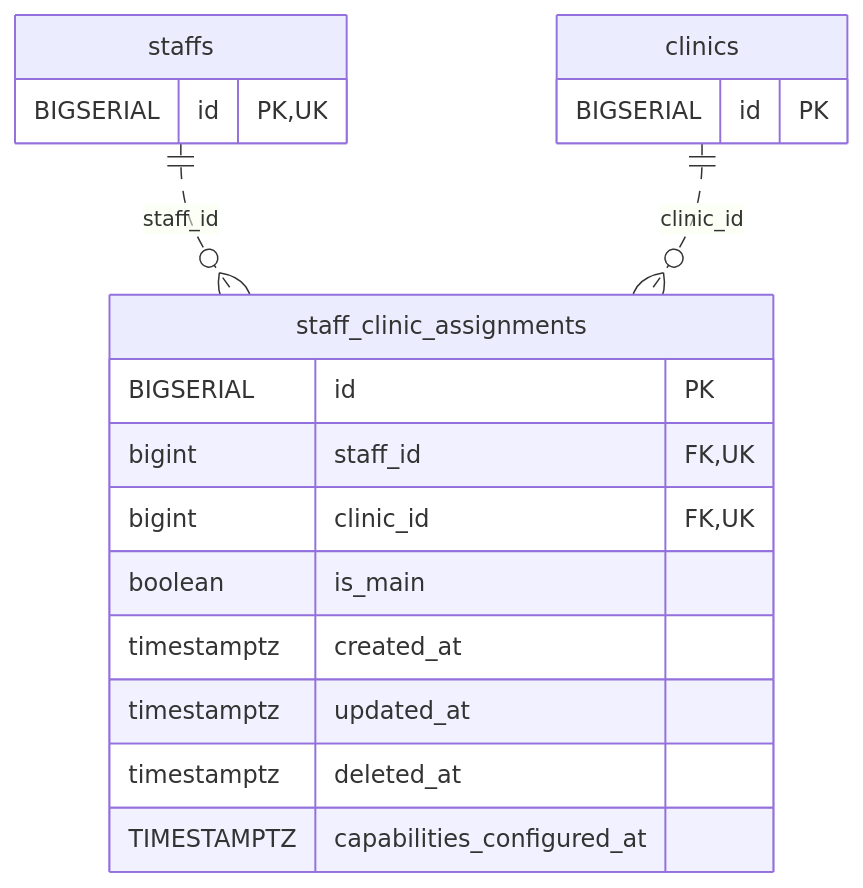
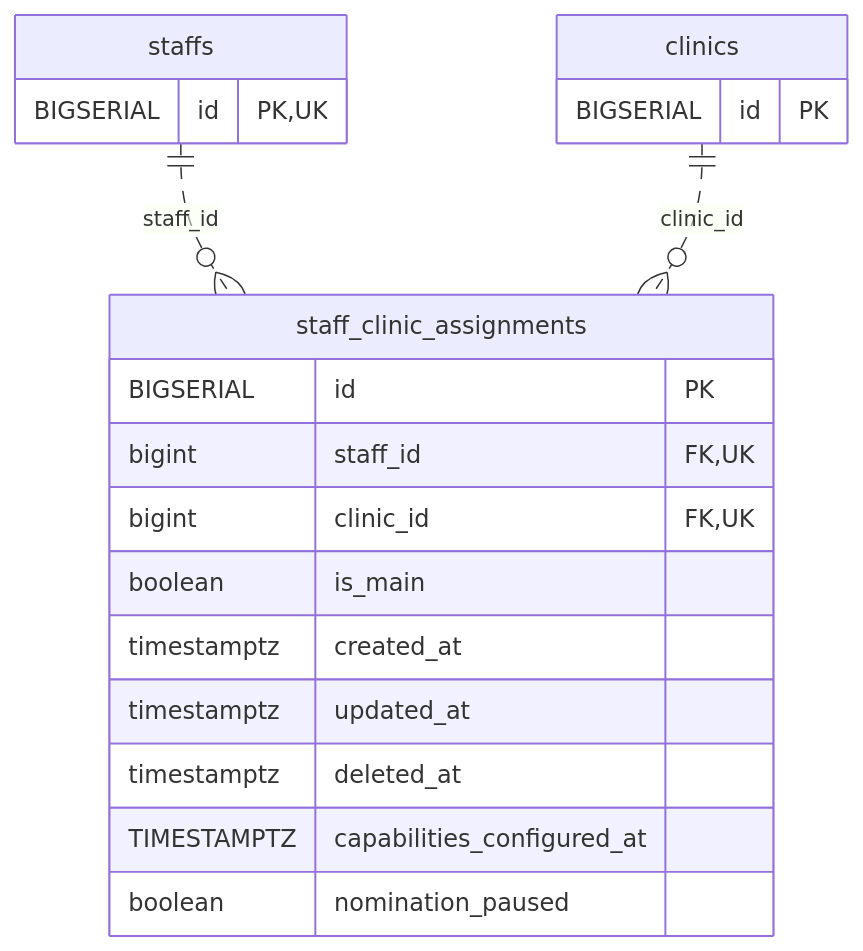
One commit to MinoruSoga/AnimalEkarte changed the diagram in docs/architecture/erd-detail/staff_clinic_assignments.md. Above: the diagram before and after it, drawn with Mermaid. The commit also changed other lines of this file and 131 other files, not shown here.

````diff
--- a/docs/architecture/erd-detail/staff_clinic_assignments.md
+++ b/docs/architecture/erd-detail/staff_clinic_assignments.md
@@ -31,21 +32,22 @@
 ```mermaid
 erDiagram
     staff_clinic_assignments {
         BIGSERIAL id PK
         bigint staff_id FK,UK
         bigint clinic_id FK,UK
         boolean is_main
         timestamptz created_at
         timestamptz updated_at
         timestamptz deleted_at
         TIMESTAMPTZ capabilities_configured_at
+        boolean nomination_paused
     }
     clinics {
         BIGSERIAL id PK
     }
     staffs {
         BIGSERIAL id PK,UK
     }
     staffs ||..o{ staff_clinic_assignments : "staff_id"
     clinics ||..o{ staff_clinic_assignments : "clinic_id"
 ```
````
